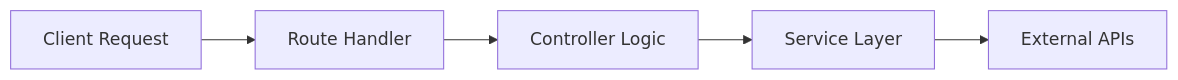
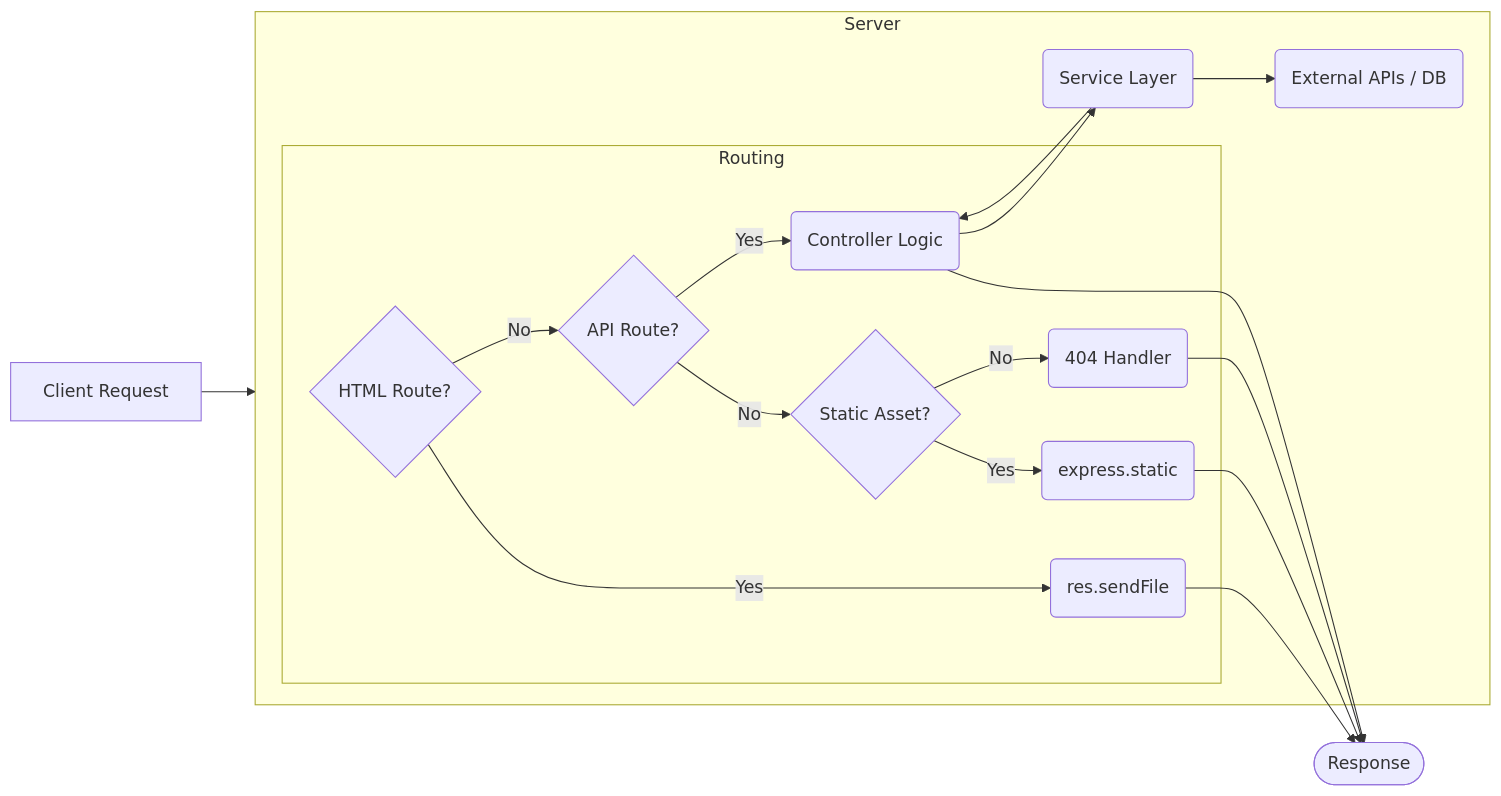
Before and after one commit to Drifter-Supremo/gorlea-notes-docs: the sixth of 7 diagrams in memory-bank/systemPatterns.md, drawn with Mermaid. The commit also changed other lines of this file and 4 other files, not shown here.

````diff
--- a/memory-bank/systemPatterns.md
+++ b/memory-bank/systemPatterns.md
@@ -214,8 +221,23 @@
 ```mermaid
 flowchart LR
-    Request[Client Request]
-    -->Router[Route Handler]
-    -->Controller[Controller Logic]
-    -->Service[Service Layer]
-    -->External[External APIs]
+    Request[Client Request] --> Server(Express Server)
+    
+    subgraph Server
+        subgraph Routing
+            HTML{HTML Route?} -- Yes --> SendFile(res.sendFile)
+            HTML -- No --> API{API Route?}
+            API -- Yes --> Controller(Controller Logic)
+            API -- No --> Static{Static Asset?}
+            Static -- Yes --> ServeStatic(express.static)
+            Static -- No --> NotFound(404 Handler)
+        end
+        Controller --> Service(Service Layer)
+        Service --> External(External APIs / DB)
+    end
+
+    SendFile --> Response([Response])
+    ServeStatic --> Response
+    NotFound --> Response
+    Service --> Controller
+    Controller --> Response
 ```
````
